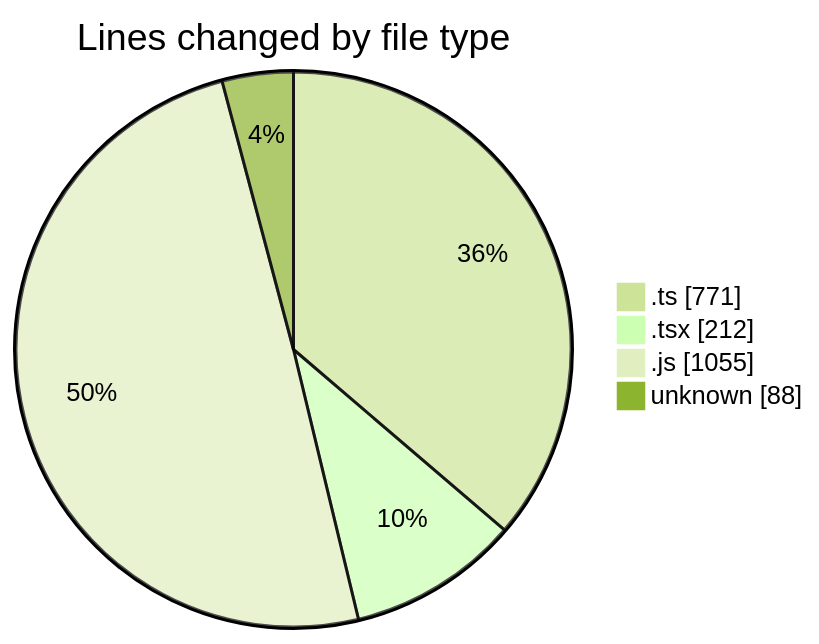
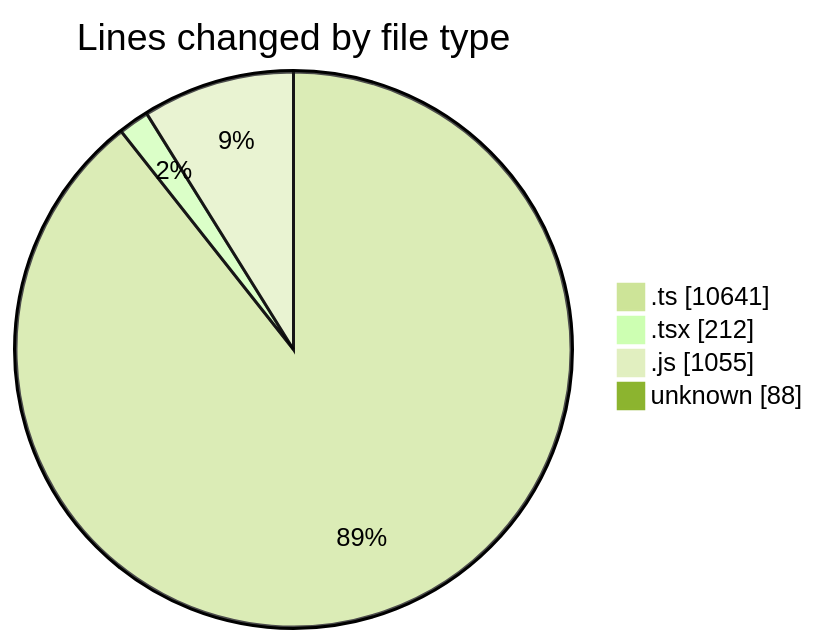
The first of 2 diagrams in 2026-03-11/cda/README.md (momahboobian/code-tracking), drawn with Mermaid (forest theme) before and after one commit. The commit also changed other lines of this file and 1 other file, not shown here.

````diff
--- a/2026-03-11/cda/README.md
+++ b/2026-03-11/cda/README.md
@@ -28,8 +31,8 @@
 ```mermaid
 pie showData
 title Lines changed by file type
-".ts" : 771
+".ts" : 10641
 ".tsx" : 212
 ".js" : 1055
 "unknown" : 88
 ```
````
